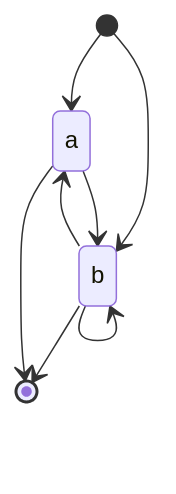
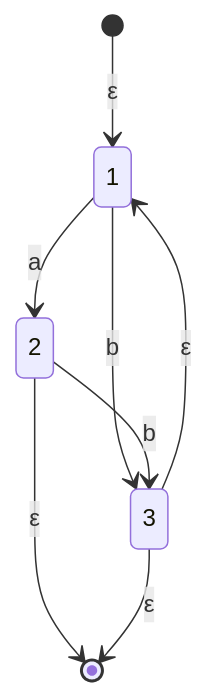
The first of 2 diagrams in README.md (lucasfth/programs-as-data), drawn with Mermaid before and after one commit. The commit also changed other lines of this file, not shown here.

Commit message:
Change statediagram to flowchart

````diff
--- a/README.md
+++ b/README.md
@@ -23,11 +23,11 @@
 ```mermaid
 stateDiagram-v2
 
-[*] --> a
-[*] --> b
-b --> a
-b --> b
-a --> b
-b --> [*]
-a --> [*]
+[*] --> 1 : ε
+1 --> 2 : a
+1 --> 3 : b
+2 --> 3 : b
+3 --> 1 : ε
+2 --> [*] : ε
+3 --> [*] : ε
 ```
````
